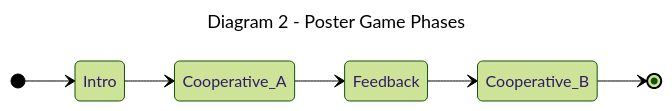
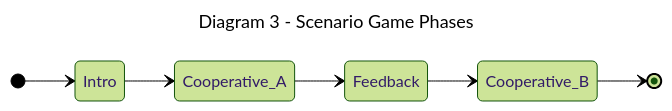
Diagram 12 of 13 in Annotation-rules-refactor.md (Dionysi/AnnotationTool-Release), drawn with Mermaid (forest theme) before and after one commit. The commit also changed other lines of this file, not shown here.

````diff
--- a/Annotation-rules-refactor.md
+++ b/Annotation-rules-refactor.md
@@ -284,12 +284,12 @@
 ```mermaid
 ---
-title: Diagram 2 - Poster Game Phases
+title: Diagram 3 - Scenario Game Phases
 ---
 stateDiagram-v2
 direction LR
     [*] --> Intro
     Intro --> Cooperative_A
     Cooperative_A --> Feedback
     Feedback --> Cooperative_B
     Cooperative_B --> [*]
 ```
````
